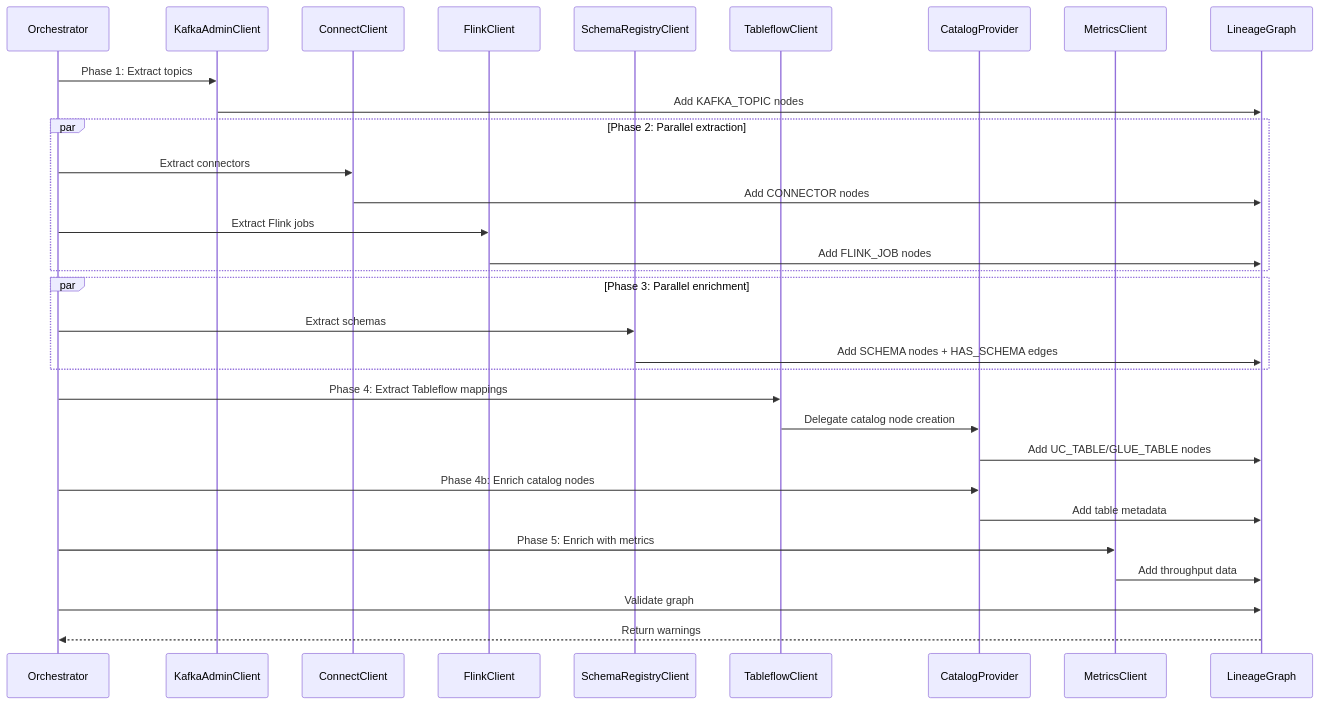
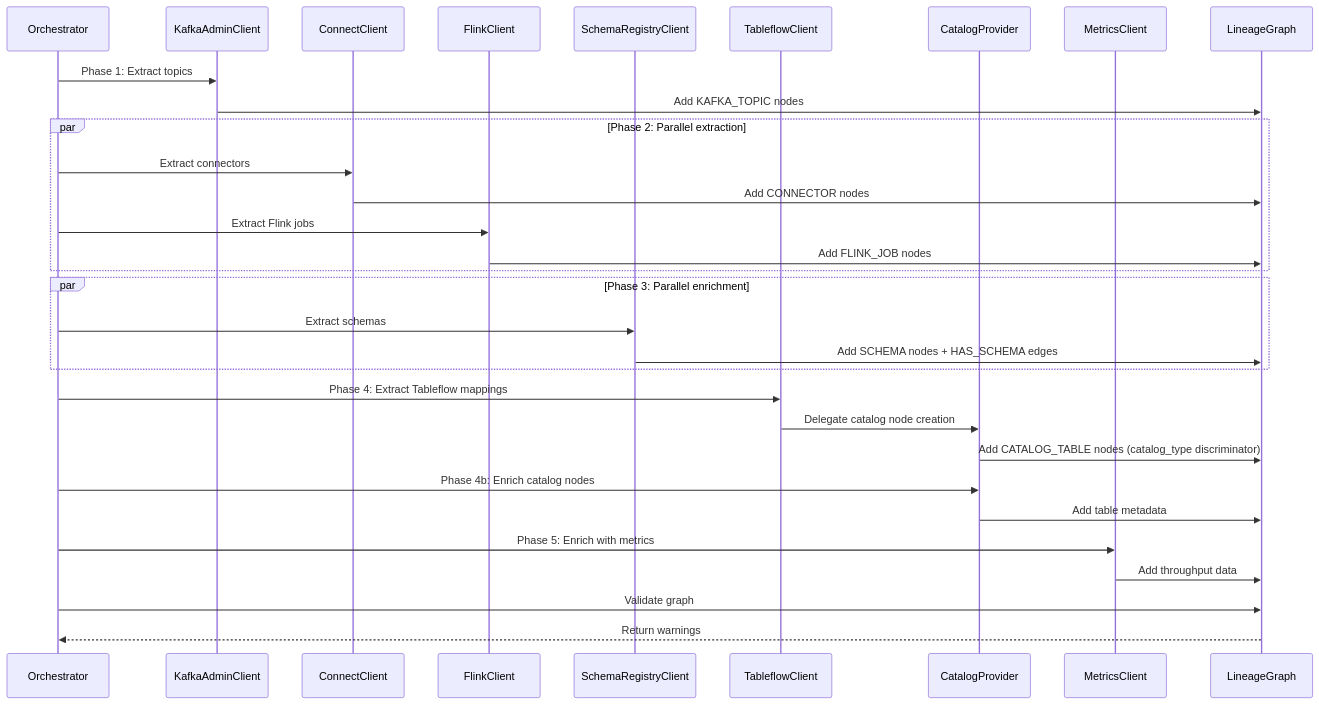
One commit to takabayashi/lineage-bridge changed the second of 2 diagrams in docs/architecture/extraction-pipeline.md. Above: the diagram before and after it, drawn with Mermaid. The commit also changed other lines of this file and 2 other files, not shown here.

````diff
--- a/docs/architecture/extraction-pipeline.md
+++ b/docs/architecture/extraction-pipeline.md
@@ -308,40 +309,40 @@
 ```mermaid
 sequenceDiagram
     participant O as Orchestrator
     participant K as KafkaAdminClient
     participant C as ConnectClient
     participant F as FlinkClient
     participant S as SchemaRegistryClient
     participant T as TableflowClient
     participant P as CatalogProvider
     participant M as MetricsClient
     participant G as LineageGraph
 
     O->>K: Phase 1: Extract topics
     K->>G: Add KAFKA_TOPIC nodes
     
     par Phase 2: Parallel extraction
         O->>C: Extract connectors
         C->>G: Add CONNECTOR nodes
         O->>F: Extract Flink jobs
         F->>G: Add FLINK_JOB nodes
     end
     
     par Phase 3: Parallel enrichment
         O->>S: Extract schemas
         S->>G: Add SCHEMA nodes + HAS_SCHEMA edges
     end
     
     O->>T: Phase 4: Extract Tableflow mappings
     T->>P: Delegate catalog node creation
-    P->>G: Add UC_TABLE/GLUE_TABLE nodes
+    P->>G: Add CATALOG_TABLE nodes (catalog_type discriminator)
     
     O->>P: Phase 4b: Enrich catalog nodes
     P->>G: Add table metadata
     
     O->>M: Phase 5: Enrich with metrics
     M->>G: Add throughput data
     
     O->>G: Validate graph
     G-->>O: Return warnings
 ```
````
